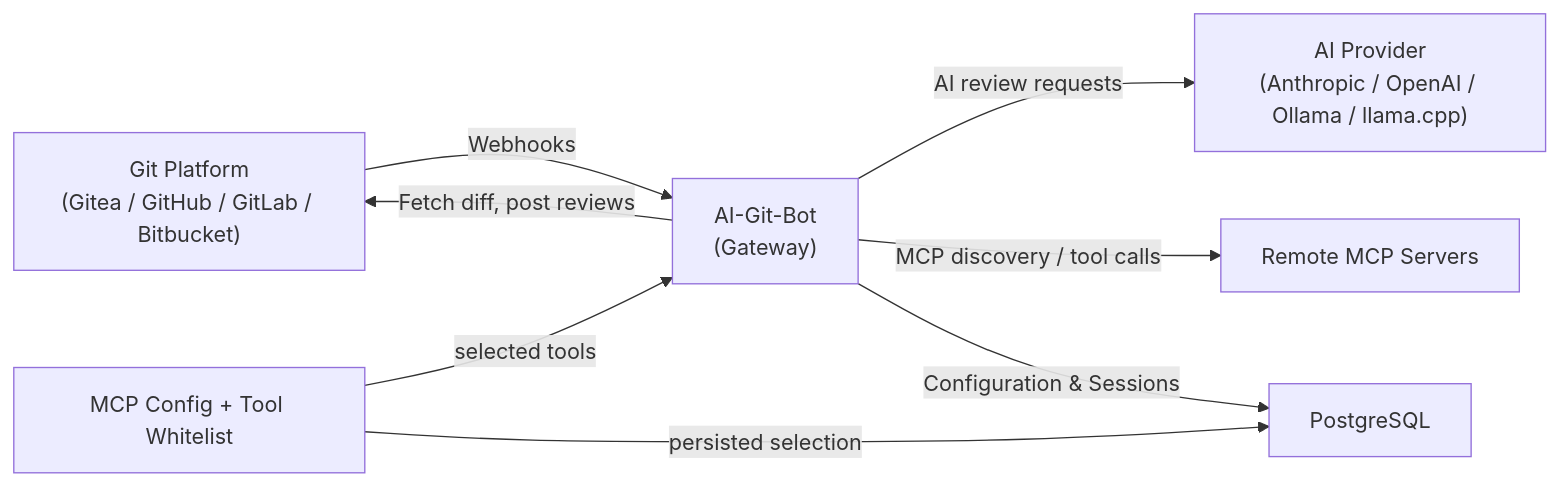
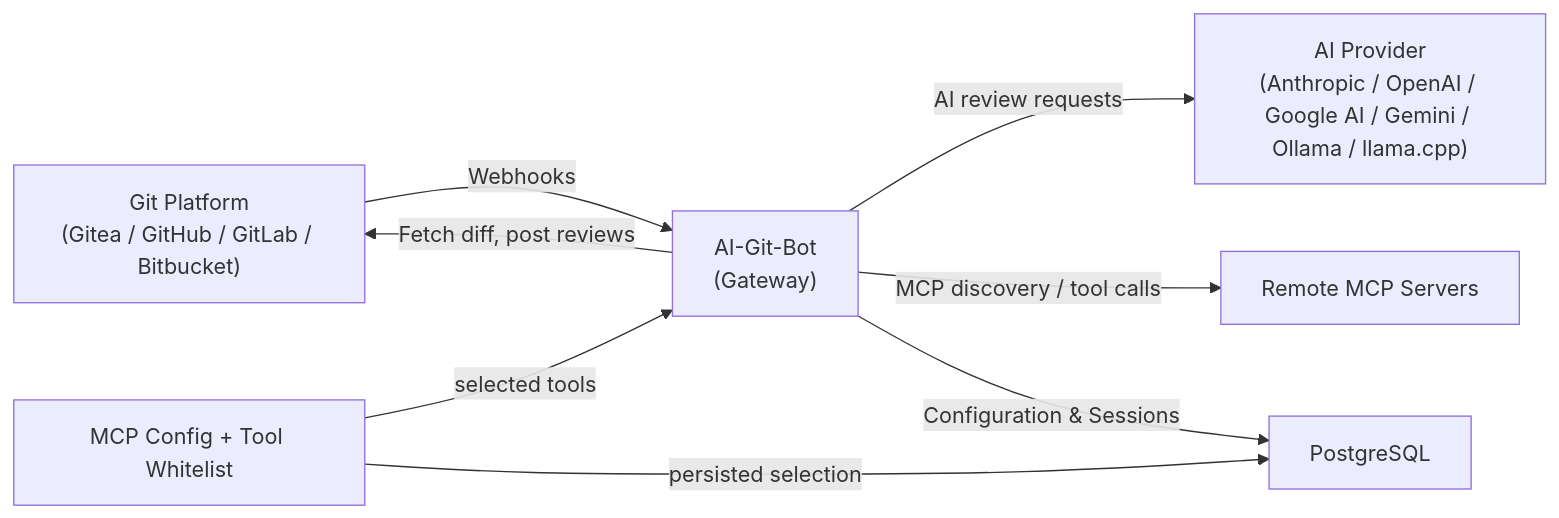
Before and after one commit to rmie/ai-git-bot: the second of 2 diagrams in README.md, drawn with Mermaid. The commit also changed other lines of this file and 1 other file, not shown here.

Commit message:
agent: implement #101 - Gemini-AI-integration in the documentation missing

````diff
--- a/README.md
+++ b/README.md
@@ -318,17 +322,17 @@
 ```mermaid
 graph LR
    Git["Git Platform<br/>(Gitea / GitHub / GitLab / Bitbucket)"]
    Bot["AI-Git-Bot<br/>(Gateway)"]
-   AI["AI Provider<br/>(Anthropic / OpenAI / Ollama / llama.cpp)"]
+   AI["AI Provider<br/>(Anthropic / OpenAI / Google AI / Gemini / Ollama / llama.cpp)"]
    MCPConfig["MCP Config + Tool Whitelist"]
    MCPServers["Remote MCP Servers"]
    DB["PostgreSQL"]
 
    Git -- "Webhooks" --> Bot
    Bot -- "Fetch diff, post reviews" --> Git
    Bot -- "AI review requests" --> AI
    Bot -- "MCP discovery / tool calls" --> MCPServers
    MCPConfig -- "selected tools" --> Bot
    Bot -- "Configuration & Sessions" --> DB
    MCPConfig -- "persisted selection" --> DB
 ```
````
